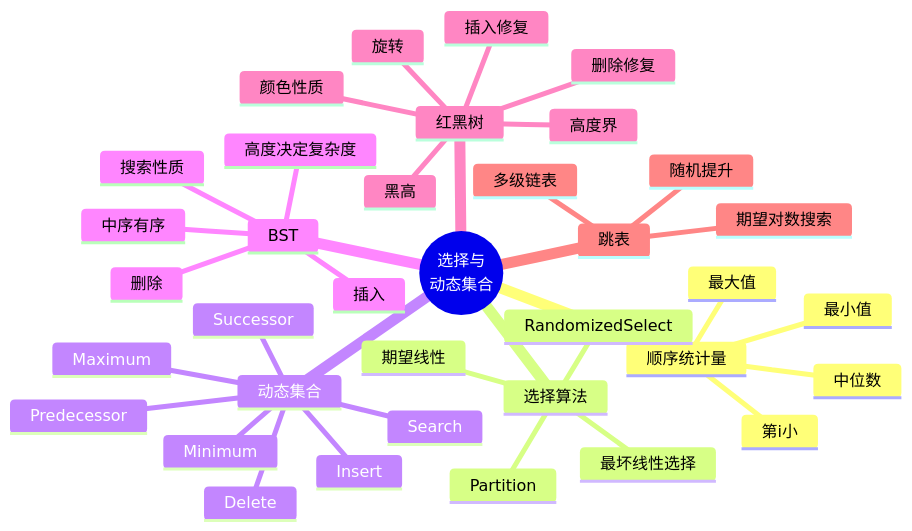
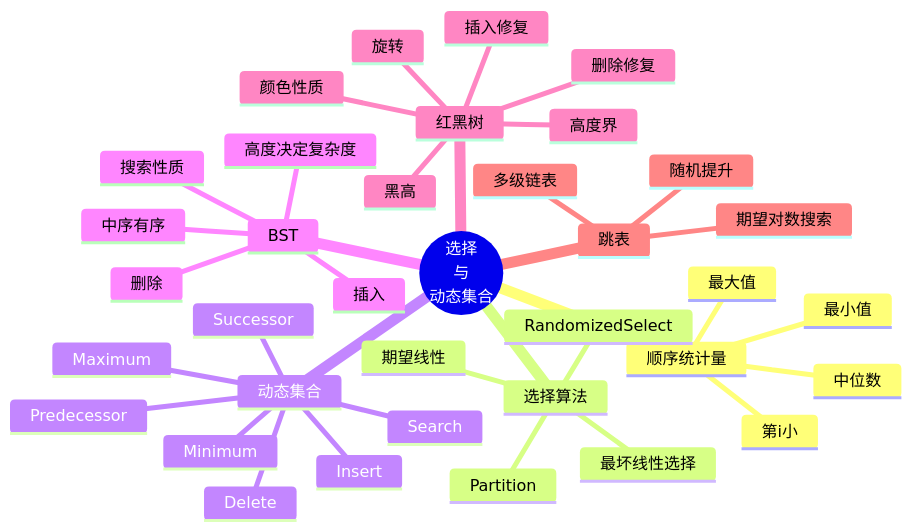
One commit to hadanice/OpenDS changed the diagram in 算法与数据结构/04-选择问题_搜索树_红黑树_跳表.md. Above: the diagram before and after it, drawn with Mermaid.

````diff
--- a/算法与数据结构/04-选择问题_搜索树_红黑树_跳表.md
+++ b/算法与数据结构/04-选择问题_搜索树_红黑树_跳表.md
@@ -5,40 +5,41 @@
 ```mermaid
 mindmap
-  root((选择与
+  root((选择
+  与
   动态集合))
     顺序统计量
       最小值
       最大值
       第i小
       中位数
     选择算法
       RandomizedSelect
       Partition
       期望线性
       最坏线性选择
     动态集合
       Search
       Insert
       Delete
       Minimum
       Maximum
       Successor
       Predecessor
     BST
       搜索性质
       中序有序
       插入
       删除
       高度决定复杂度
     红黑树
       颜色性质
       黑高
       高度界
       旋转
       插入修复
       删除修复
     跳表
       多级链表
       随机提升
       期望对数搜索
 ```
````
